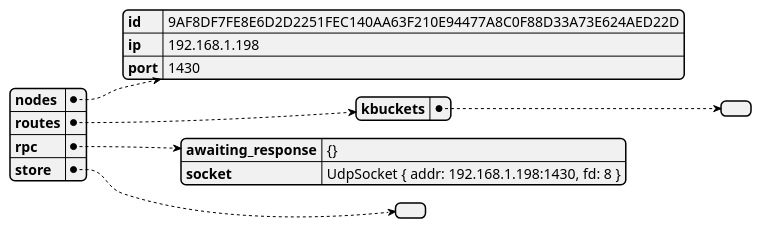
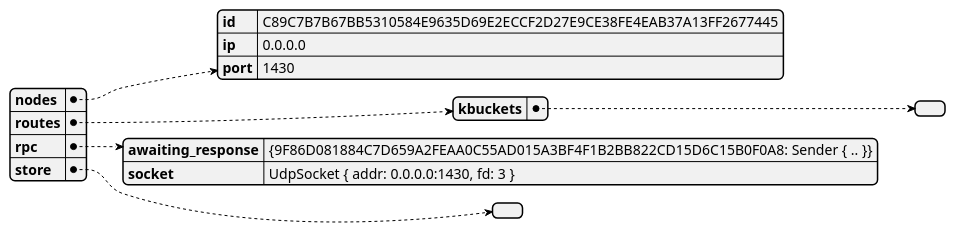
One commit to GoliathHagar/distributed_legder_kademlia changed the diagram in src/distributed_legder/state_dumps/test-contact-1.json.plantuml. Above: the diagram before and after it, drawn with PlantUML. The commit also changed 10 other files, not shown here.

```diff
--- a/src/distributed_legder/state_dumps/test-contact-1.json.plantuml
+++ b/src/distributed_legder/state_dumps/test-contact-1.json.plantuml
@@ -1,3 +1,3 @@
 @startjson
-{"nodes":{"id":"9AF8DF7FE8E6D2D2251FEC140AA63F210E94477A8C0F88D33A73E624AED22D","ip":"192.168.1.198","port":1430},"routes":{"kbuckets":[]},"rpc":{"awaiting_response":"{}","socket":"UdpSocket { addr: 192.168.1.198:1430, fd: 8 }"},"store":[]}
+{"nodes":{"id":"C89C7B7B67BB5310584E9635D69E2ECCF2D27E9CE38FE4EAB37A13FF2677445","ip":"0.0.0.0","port":1430},"routes":{"kbuckets":[]},"rpc":{"awaiting_response":"{9F86D081884C7D659A2FEAA0C55AD015A3BF4F1B2BB822CD15D6C15B0F0A8: Sender { .. }}","socket":"UdpSocket { addr: 0.0.0.0:1430, fd: 3 }"},"store":[]}
 @endjson
```
